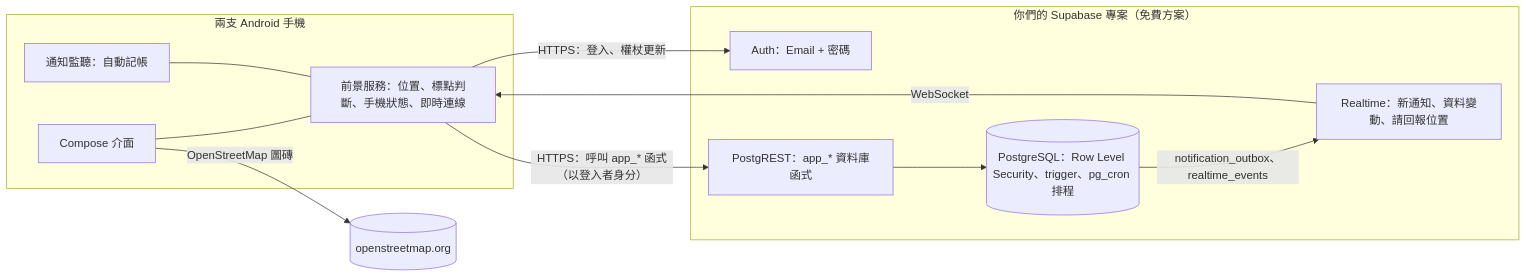
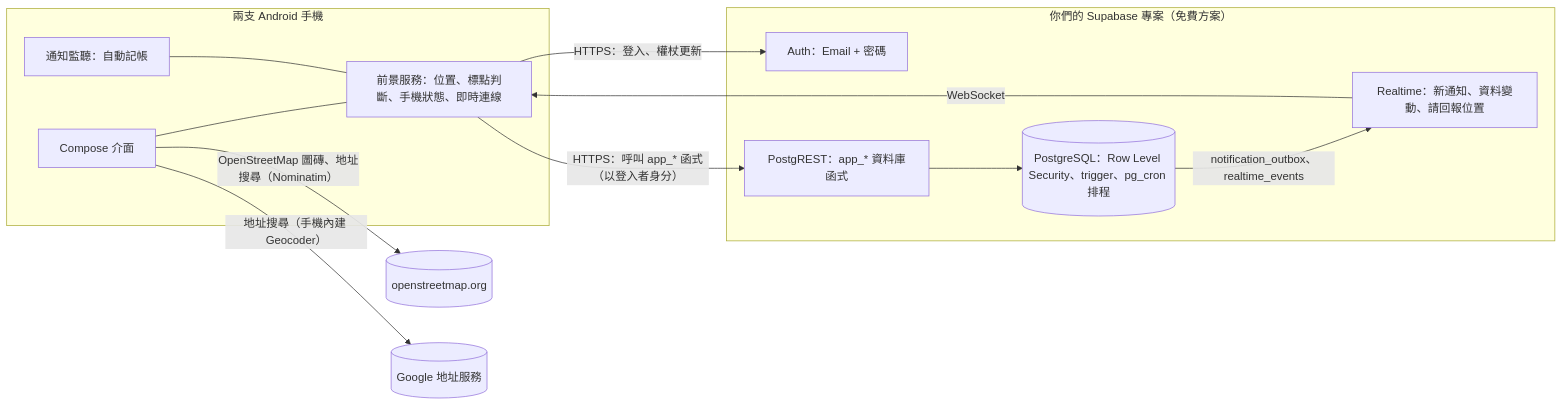
One commit to FalseEnd/Claude changed the diagram in docs/DESIGN.md. Above: the diagram before and after it, drawn with Mermaid. The commit also changed other lines of this file and 8 other files, not shown here.

````diff
--- a/docs/DESIGN.md
+++ b/docs/DESIGN.md
@@ -199,19 +202,20 @@
 ```mermaid
 flowchart LR
   subgraph Phones["兩支 Android 手機"]
     UI[Compose 介面] --- SVC[前景服務：位置、標點判斷、手機狀態、即時連線]
     NL[通知監聽：自動記帳] --- SVC
   end
   subgraph SB["你們的 Supabase 專案（免費方案）"]
     AUTH[Auth：Email + 密碼]
     API[PostgREST：app_* 資料庫函式]
     DB[(PostgreSQL：Row Level Security、trigger、pg_cron 排程)]
     RT[Realtime：新通知、資料變動、請回報位置]
   end
   SVC -- HTTPS：登入、權杖更新 --> AUTH
   SVC -- HTTPS：呼叫 app_* 函式（以登入者身分） --> API
   API --> DB
   DB -- notification_outbox、realtime_events --> RT
   RT -- WebSocket --> SVC
-  UI -- OpenStreetMap 圖磚 --> OSM[(openstreetmap.org)]
+  UI -- OpenStreetMap 圖磚、地址搜尋（Nominatim） --> OSM[(openstreetmap.org)]
+  UI -- 地址搜尋（手機內建 Geocoder） --> GEO[(Google 地址服務)]
 ```
````
